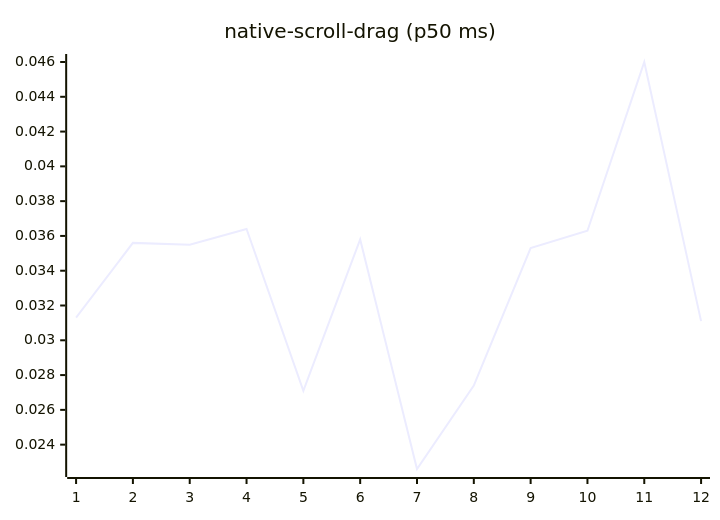
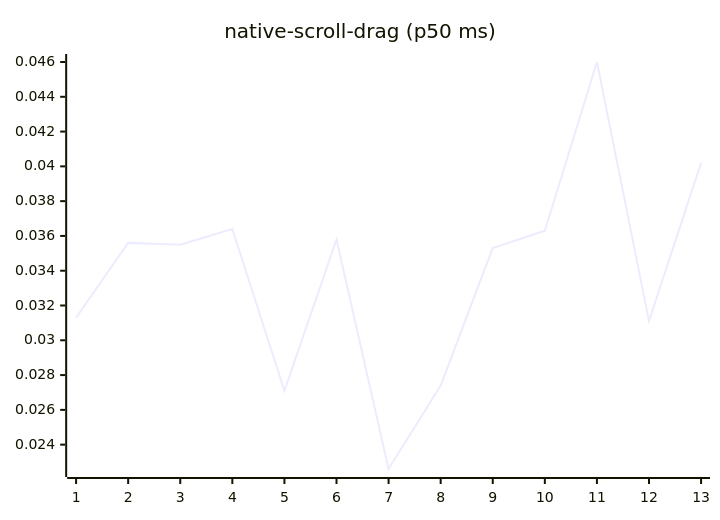
Before and after one commit to josha/Facet: diagram 14 of 27 in README.md, drawn with Mermaid. The commit also changed other lines of this file and 2 other files, not shown here.

````diff
--- a/README.md
+++ b/README.md
@@ -154,6 +154,6 @@
 ```mermaid
 xychart-beta
     title "native-scroll-drag (p50 ms)"
-    x-axis 1 --> 12
-    line [0.0313, 0.0356, 0.0355, 0.0364, 0.0271, 0.0358, 0.0226, 0.0274, 0.0353, 0.0363, 0.0460, 0.0311]
+    x-axis 1 --> 13
+    line [0.0313, 0.0356, 0.0355, 0.0364, 0.0271, 0.0358, 0.0226, 0.0274, 0.0353, 0.0363, 0.0460, 0.0311, 0.0402]
 ```
````
